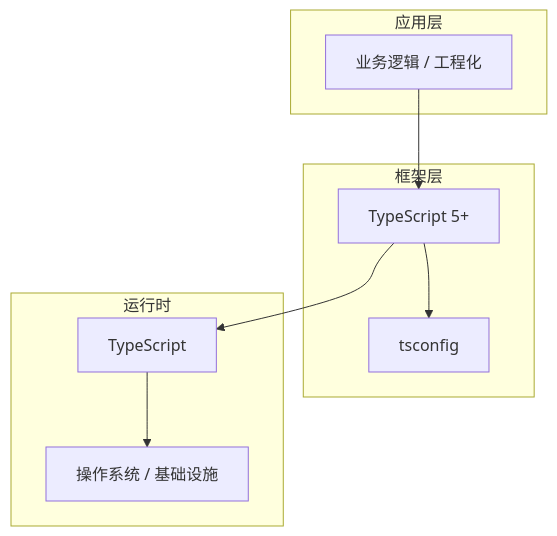
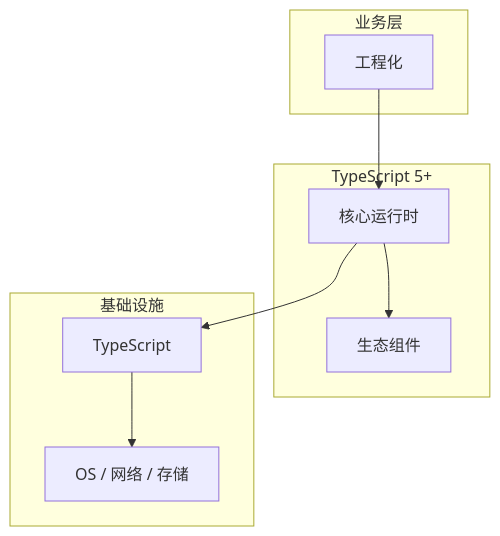
One commit to yanggan2015/knowledge-json-v2 changed the diagram in articles/TypeScript/chapters/089-工程化核心概念与原理.md. Above: the diagram before and after it, drawn with Mermaid. The commit also changed other lines of this file and 10127 other files, not shown here.

````diff
--- a/articles/TypeScript/chapters/089-工程化核心概念与原理.md
+++ b/articles/TypeScript/chapters/089-工程化核心概念与原理.md
@@ -45,18 +34,18 @@
 ```mermaid
 graph TB
-    subgraph 应用层
-        A[业务逻辑 / 工程化]
+    subgraph 业务层
+        A[工程化]
     end
-    subgraph 框架层
-        B[TypeScript 5+]
-        C[tsconfig]
+    subgraph TypeScript 5+
+        B[核心运行时]
+        C[生态组件]
     end
-    subgraph 运行时
+    subgraph 基础设施
         D[TypeScript]
-        E[操作系统 / 基础设施]
+        E[OS / 网络 / 存储]
     end
     A --> B
     B --> C
     B --> D
     D --> E
 ```
````
